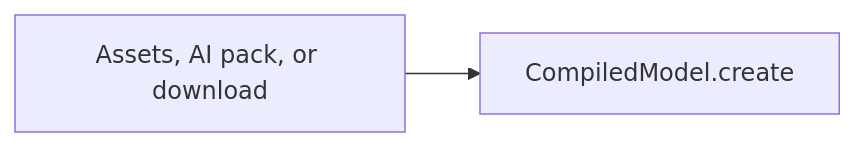
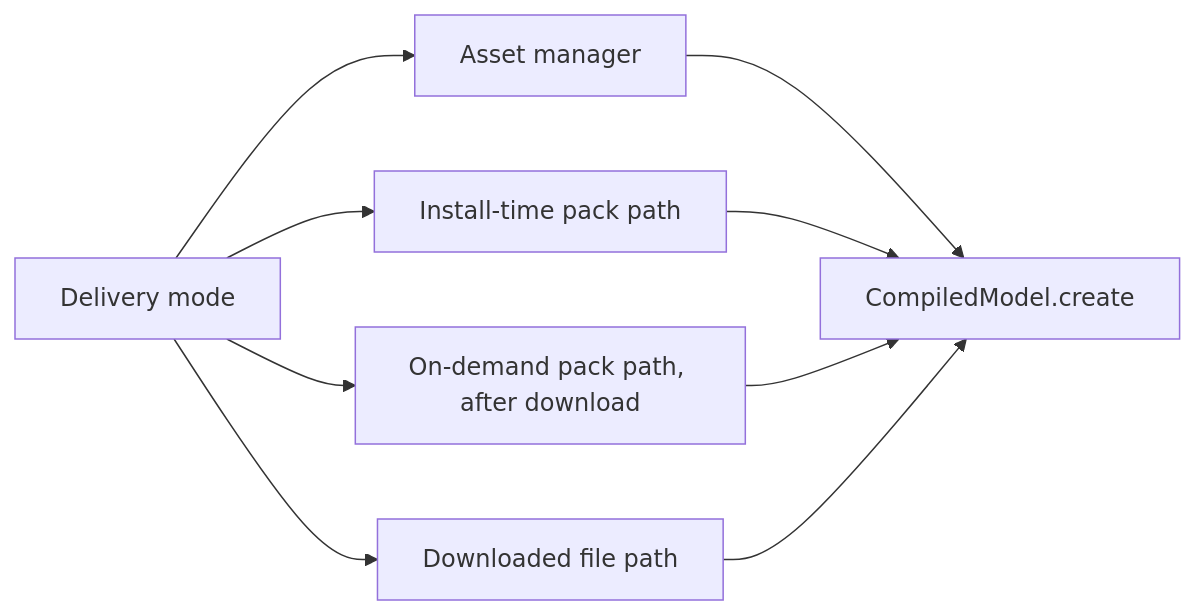
Before and after one commit to mohamedmabrouk582/Android-Ai-Lab: the diagram in lab-model-delivery/README.md, drawn with Mermaid. The commit also changed other lines of this file and 41 other files, not shown here.

````diff
--- a/lab-model-delivery/README.md
+++ b/lab-model-delivery/README.md
@@ -13,4 +21,11 @@
 ```mermaid
 flowchart LR
-  n0["Assets, AI pack, or download"] --> n1["CompiledModel.create"]
+  mode["Delivery mode"] --> assets["Asset manager"]
+  mode --> install["Install-time pack path"]
+  mode --> demand["On-demand pack path, after download"]
+  mode --> file["Downloaded file path"]
+  assets --> create["CompiledModel.create"]
+  install --> create
+  demand --> create
+  file --> create
 ```
````
